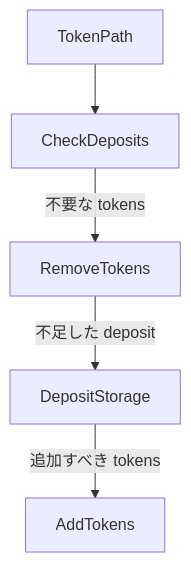
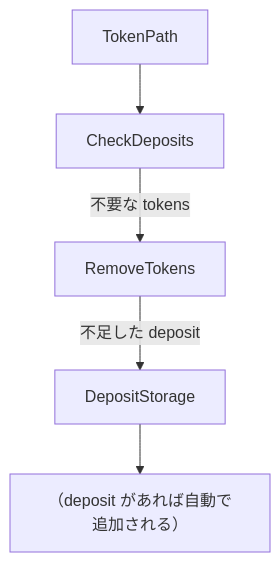
The diagram in diagram/check_deposits.mermaid (fathens/zaciraci), drawn with Mermaid before and after one commit.

Commit message:
Update check_deposits.mermaid diagram
Clarified the process of automatically adding tokens if a deposit exists. This change enhances the readability and understanding of the diagram's flow.

```diff
--- a/diagram/check_deposits.mermaid
+++ b/diagram/check_deposits.mermaid
@@ -1,5 +1,5 @@
 graph TD
     TokenPath --> CheckDeposits
     CheckDeposits -->|不要な tokens| RemoveTokens
     RemoveTokens -->|不足した deposit| DepositStorage
-    DepositStorage -->|追加すべき tokens| AddTokens
+    DepositStorage --> AddTokens["（deposit があれば自動で追加される）"]
```
